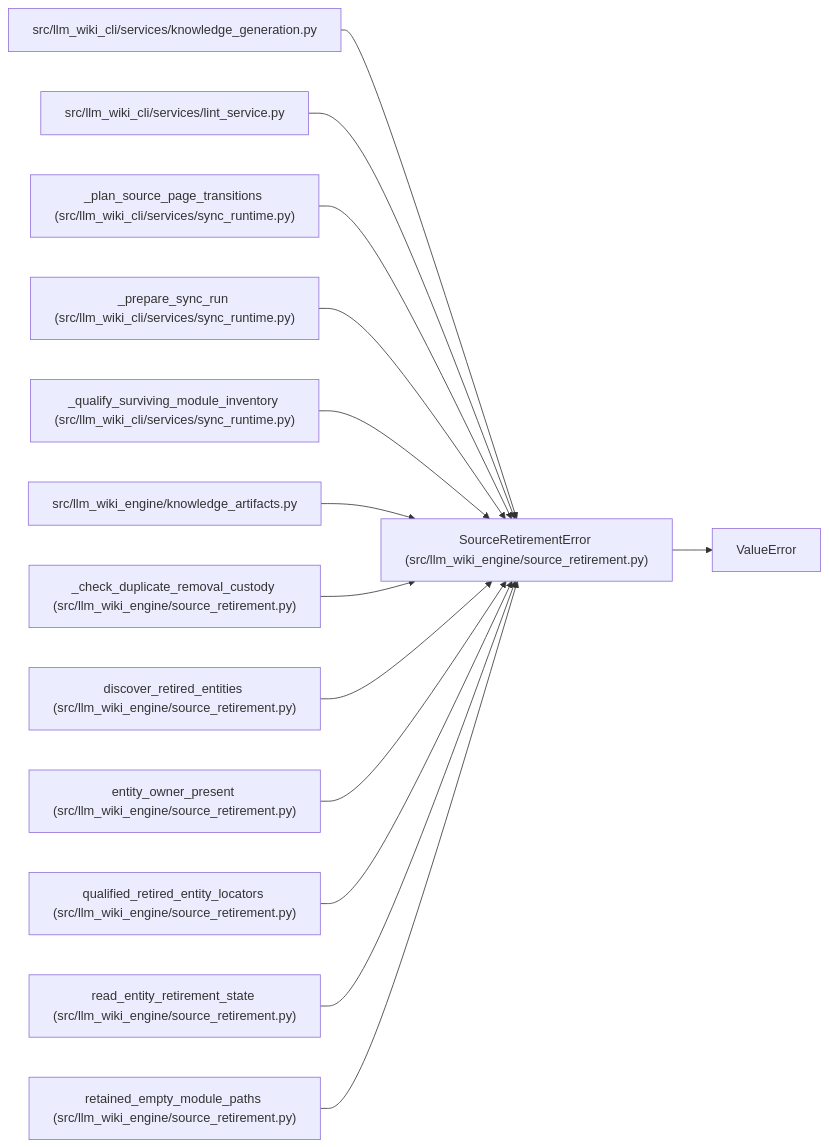
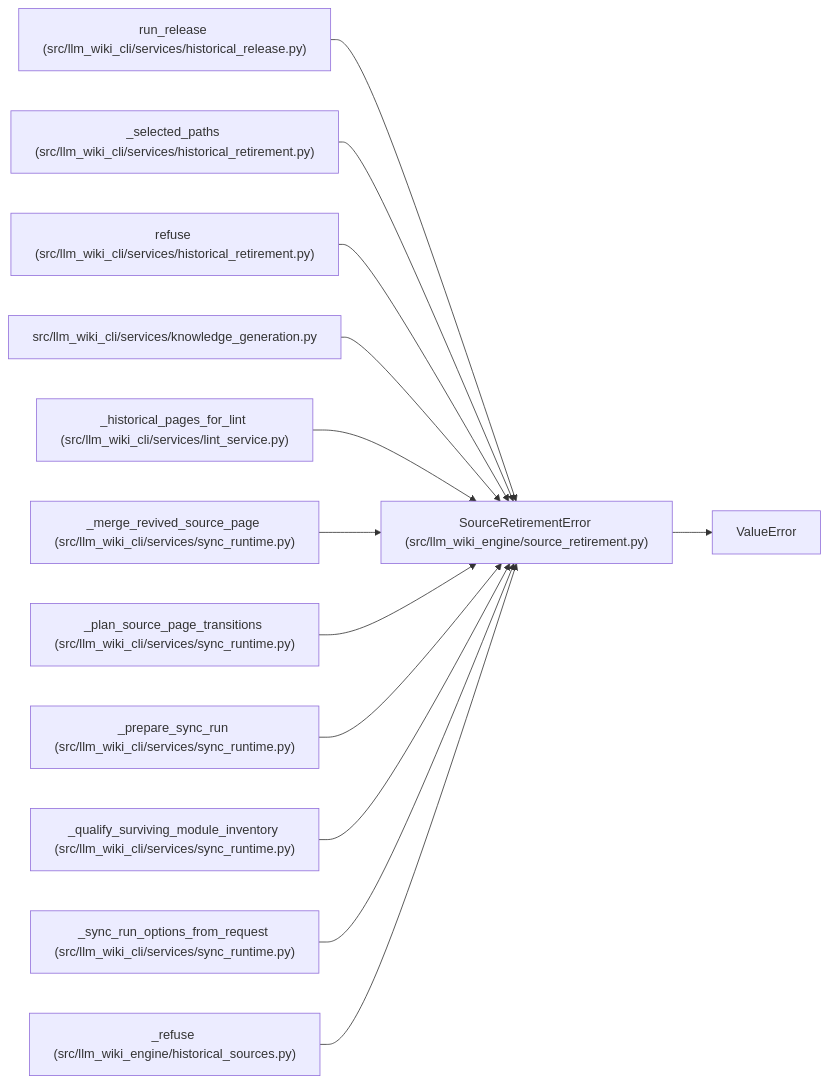
The diagram in docs/llm_wiki/entities/SourceRetirementError.md (Denissvgn/python-wiki-llm), drawn with Mermaid before and after one commit. The commit also changed other lines of this file and 699 other files, not shown here.

````diff
--- a/docs/llm_wiki/entities/SourceRetirementError.md
+++ b/docs/llm_wiki/entities/SourceRetirementError.md
@@ -23,43 +23,40 @@
 ```mermaid
 flowchart LR
     n0["SourceRetirementError (src/llm_wiki_engine/source_retirement.py)"]
     n1["ValueError"]
-    n2["src/llm_wiki_cli/services/knowledge_generation.py"]
-    n3["src/llm_wiki_cli/services/lint_service.py"]
-    n4["_plan_source_page_transitions (src/llm_wiki_cli/services/sync_runtime.py)"]
-    n5["_prepare_sync_run (src/llm_wiki_cli/services/sync_runtime.py)"]
-    n6["_qualify_surviving_module_inventory (src/llm_wiki_cli/services/sync_runtime.py)"]
-    n7["src/llm_wiki_engine/knowledge_artifacts.py"]
-    n8["_check_duplicate_removal_custody (src/llm_wiki_engine/source_retirement.py)"]
-    n9["discover_retired_entities (src/llm_wiki_engine/source_retirement.py)"]
-    n10["entity_owner_present (src/llm_wiki_engine/source_retirement.py)"]
-    n11["qualified_retired_entity_locators (src/llm_wiki_engine/source_retirement.py)"]
-    n12["read_entity_retirement_state (src/llm_wiki_engine/source_retirement.py)"]
-    n13["retained_empty_module_paths (src/llm_wiki_engine/source_retirement.py)"]
+    n2["run_release (src/llm_wiki_cli/services/historical_release.py)"]
+    n3["_selected_paths (src/llm_wiki_cli/services/historical_retirement.py)"]
+    n4["refuse (src/llm_wiki_cli/services/historical_retirement.py)"]
+    n5["src/llm_wiki_cli/services/knowledge_generation.py"]
+    n6["_historical_pages_for_lint (src/llm_wiki_cli/services/lint_service.py)"]
+    n7["_merge_revived_source_page (src/llm_wiki_cli/services/sync_runtime.py)"]
+    n8["_plan_source_page_transitions (src/llm_wiki_cli/services/sync_runtime.py)"]
+    n9["_prepare_sync_run (src/llm_wiki_cli/services/sync_runtime.py)"]
+    n10["_qualify_surviving_module_inventory (src/llm_wiki_cli/services/sync_runtime.py)"]
+    n11["_sync_run_options_from_request (src/llm_wiki_cli/services/sync_runtime.py)"]
+    n12["_refuse (src/llm_wiki_engine/historical_sources.py)"]
     n0 --> n1
     n2 --> n0
     n3 --> n0
     n4 --> n0
     n5 --> n0
     n6 --> n0
     n7 --> n0
     n8 --> n0
     n9 --> n0
     n10 --> n0
     n11 --> n0
     n12 --> n0
-    n13 --> n0
     click n0 "../modules/source_retirement.md"
-    click n2 "../modules/knowledge_generation.md"
-    click n3 "../modules/lint_service.md"
-    click n4 "../modules/sync_runtime.md"
-    click n5 "../modules/sync_runtime.md"
-    click n6 "../modules/sync_runtime.md"
-    click n7 "../modules/knowledge_artifacts.md"
-    click n8 "../modules/source_retirement.md"
-    click n9 "../modules/source_retirement.md"
-    click n10 "../modules/source_retirement.md"
-    click n11 "../modules/source_retirement.md"
-    click n12 "../modules/source_retirement.md"
-    click n13 "../modules/source_retirement.md"
+    click n2 "../modules/historical_release.md"
+    click n3 "../modules/historical_retirement.md"
+    click n4 "../modules/historical_retirement.md"
+    click n5 "../modules/knowledge_generation.md"
+    click n6 "../modules/lint_service.md"
+    click n7 "../modules/sync_runtime.md"
+    click n8 "../modules/sync_runtime.md"
+    click n9 "../modules/sync_runtime.md"
+    click n10 "../modules/sync_runtime.md"
+    click n11 "../modules/sync_runtime.md"
+    click n12 "../modules/historical_sources.md"
 ```
````
